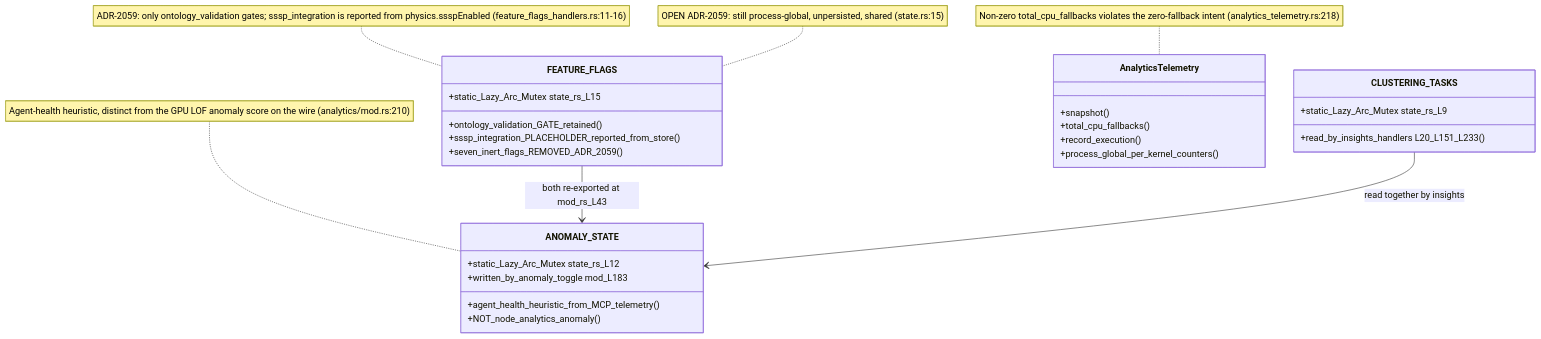
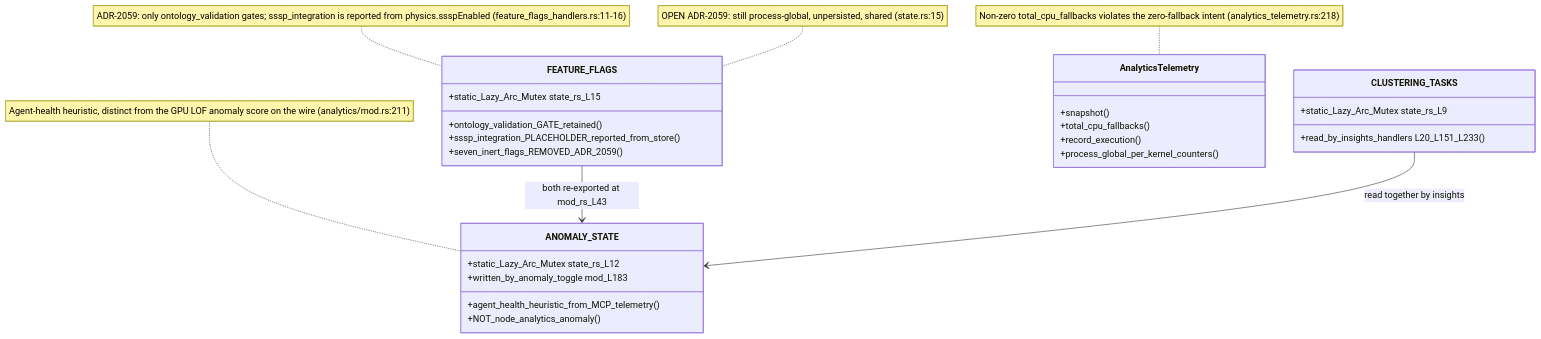
The ninth of 10 diagrams in docs/diagrams/visionclaw/18-analytics-support-handlers.md (DreamLab-AI/VisionFlow), drawn with Mermaid before and after one commit. The commit also changed other lines of this file and 7 other files, not shown here.

````diff
--- a/docs/diagrams/visionclaw/18-analytics-support-handlers.md
+++ b/docs/diagrams/visionclaw/18-analytics-support-handlers.md
@@ -341,32 +342,32 @@
 ```mermaid
 classDiagram
     class FEATURE_FLAGS {
         +static_Lazy_Arc_Mutex state_rs_L15
         +ontology_validation_GATE_retained()
         +sssp_integration_PLACEHOLDER_reported_from_store()
         +seven_inert_flags_REMOVED_ADR_2059()
     }
     class ANOMALY_STATE {
         +static_Lazy_Arc_Mutex state_rs_L12
         +agent_health_heuristic_from_MCP_telemetry()
         +written_by_anomaly_toggle mod_L183
         +NOT_node_analytics_anomaly()
     }
     class CLUSTERING_TASKS {
         +static_Lazy_Arc_Mutex state_rs_L9
         +read_by_insights_handlers L20_L151_L233()
     }
     class AnalyticsTelemetry {
         +snapshot()
         +total_cpu_fallbacks()
         +record_execution()
         +process_global_per_kernel_counters()
     }
     FEATURE_FLAGS --> ANOMALY_STATE : both re-exported at mod_rs_L43
     CLUSTERING_TASKS --> ANOMALY_STATE : read together by insights
 
     note for FEATURE_FLAGS "ADR-2059: only ontology_validation gates; sssp_integration is reported from physics.ssspEnabled (feature_flags_handlers.rs:11-16)"
     note for FEATURE_FLAGS "OPEN ADR-2059: still process-global, unpersisted, shared (state.rs:15)"
-    note for ANOMALY_STATE "Agent-health heuristic, distinct from the GPU LOF anomaly score on the wire (analytics/mod.rs:210)"
+    note for ANOMALY_STATE "Agent-health heuristic, distinct from the GPU LOF anomaly score on the wire (analytics/mod.rs:211)"
     note for AnalyticsTelemetry "Non-zero total_cpu_fallbacks violates the zero-fallback intent (analytics_telemetry.rs:218)"
 ```
````
